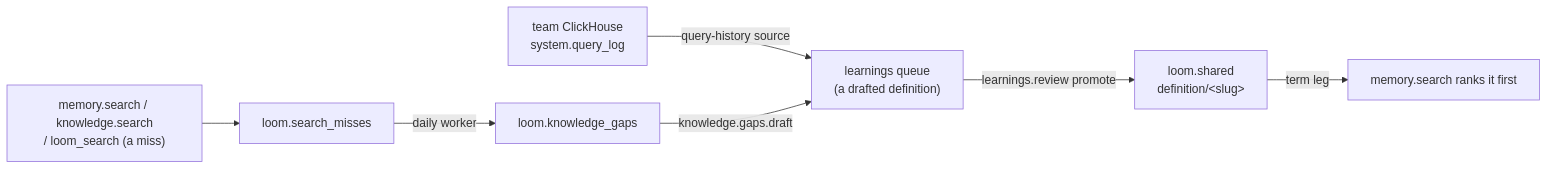
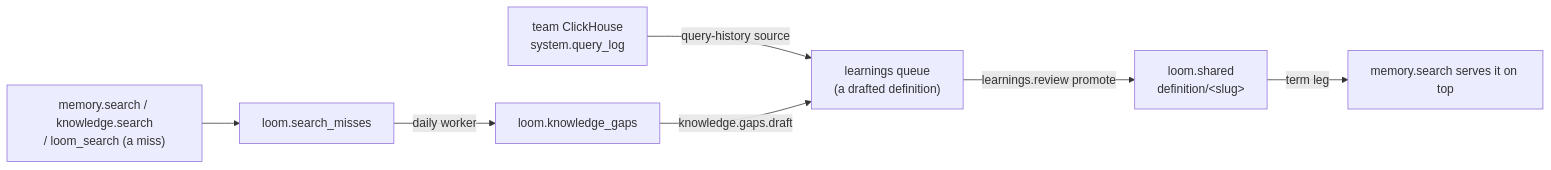
The diagram in docs/development/curation-loop-design.md (ClickHouse/loom), drawn with Mermaid before and after one commit. The commit also changed other lines of this file, not shown here.

Commit message:
docs: term leg reads names only; gap drafts admin-only; slug algorithm; interrupted and expired review cases; settings table; rollout gate on an unreadable heartbeat

````diff
--- a/docs/development/curation-loop-design.md
+++ b/docs/development/curation-loop-design.md
@@ -15,9 +16,9 @@
 ```mermaid
 flowchart LR
     S["memory.search / knowledge.search<br/>/ loom_search (a miss)"] --> M["loom.search_misses"]
     M -->|"daily worker"| G["loom.knowledge_gaps"]
     Q["team ClickHouse<br/>system.query_log"] -->|"query-history source"| L
     G -->|"knowledge.gaps.draft"| L["learnings queue<br/>(a drafted definition)"]
     L -->|"learnings.review promote"| D["loom.shared<br/>definition/&lt;slug&gt;"]
-    D -->|"term leg"| R["memory.search ranks it first"]
+    D -->|"term leg"| R["memory.search serves it on top"]
 ```
````
